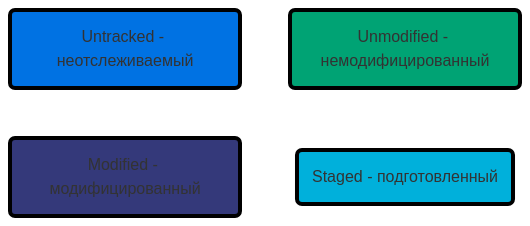
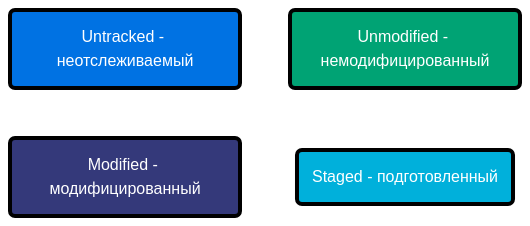
Before and after one commit to zohidulla/training-skills: the second of 2 diagrams in Udemy/Git/README.md, drawn with Mermaid.

Commit message:
git status files

````diff
--- a/Udemy/Git/README.md
+++ b/Udemy/Git/README.md
@@ -76,9 +76,9 @@
 ```mermaid
 flowchart LR
     id1(Untracked - неотслеживаемый) ~~~ id2(Unmodified - немодифицированный)
     id3(Modified - модифицированный) ~~~ id4(Staged - подготовленный)
-    style id1 fill:#0072E3,stroke:#000,stroke-width:4px
-    style id2 fill:#00A374,stroke:#000,stroke-width:4px
-    style id3 fill:#34397A,stroke:#000,stroke-width:4px
-    style id4 fill:#00B0DB,stroke:#000,stroke-width:4px
+    style id1 fill:#0072E3,stroke:#000,stroke-width:4px,color:#fff
+    style id2 fill:#00A374,stroke:#000,stroke-width:4px,color:#fff
+    style id3 fill:#34397A,stroke:#000,stroke-width:4px,color:#fff
+    style id4 fill:#00B0DB,stroke:#000,stroke-width:4px,color:#fff
 ```
````
